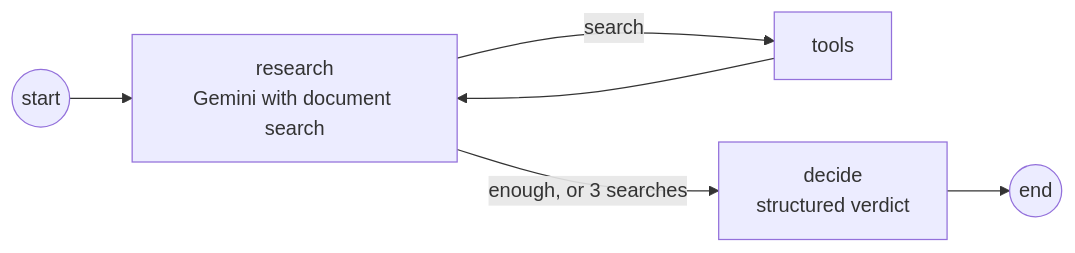
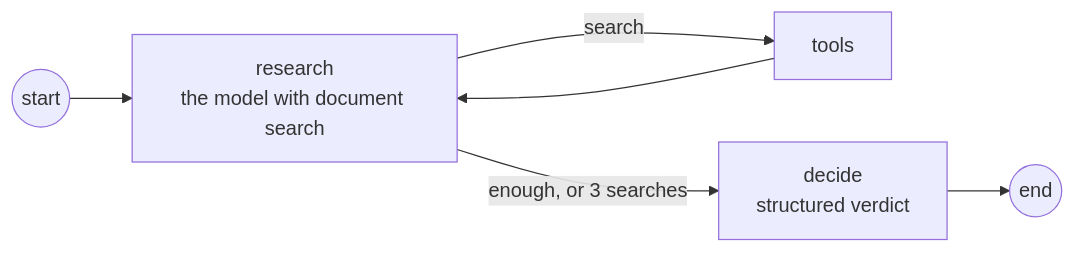
One commit to nithinskumar866/AIdoccreator changed the seventh of 7 diagrams in README.md. Above: the diagram before and after it, drawn with Mermaid. The commit also changed other lines of this file, not shown here.

First line of the commit message:
Add a What's new section to the README and describe both model providers

````diff
--- a/README.md
+++ b/README.md
@@ -280,8 +324,8 @@
 ```mermaid
 flowchart LR
-    S((start)) --> R["research<br/>Gemini with document search"]
+    S((start)) --> R["research<br/>the model with document search"]
     R -- "search" --> T["tools"]
     T --> R
     R -- "enough, or 3 searches" --> D["decide<br/>structured verdict"]
     D --> E((end))
 ```
````
